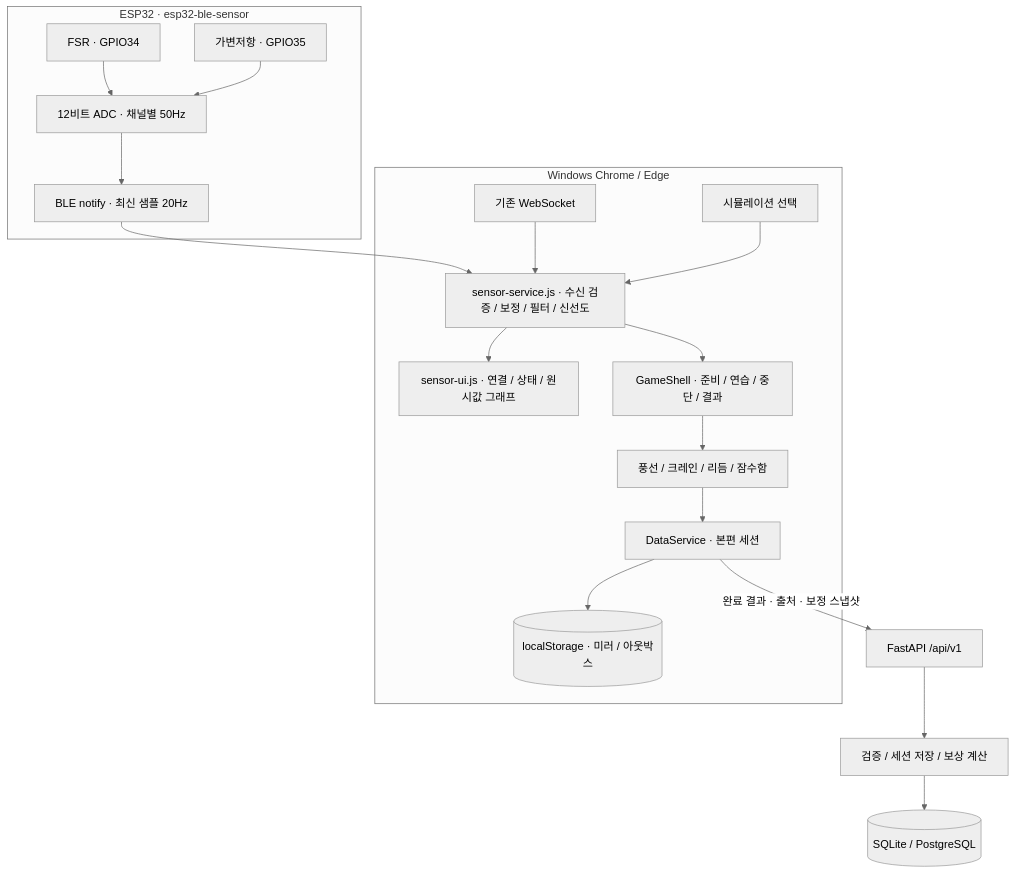
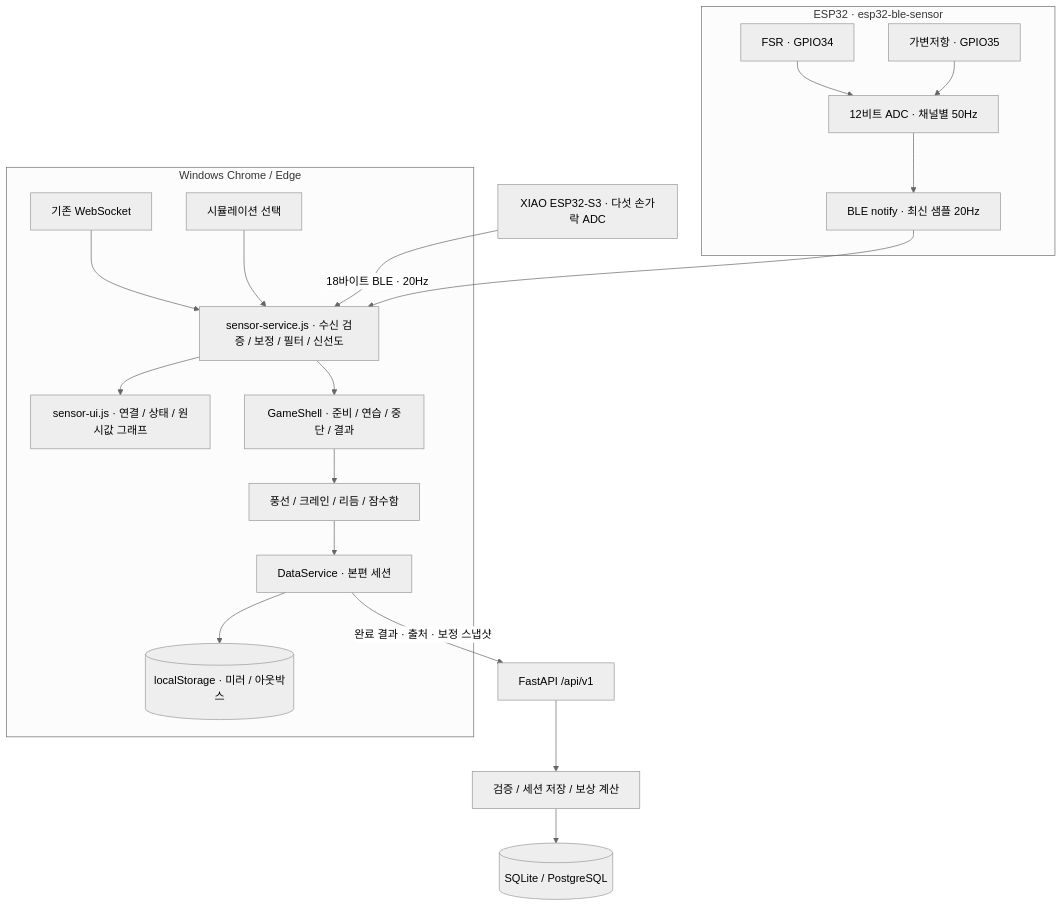
Before and after one commit to jhsoo0211/ReGrip: the diagram in ARCHITECTURE.md, drawn with Mermaid (neutral theme). The commit also changed other lines of this file and 16 other files, not shown here.

````diff
--- a/ARCHITECTURE.md
+++ b/ARCHITECTURE.md
@@ -9,21 +9,22 @@
 ```mermaid
 flowchart TB
     subgraph Device["ESP32 · esp32-ble-sensor"]
         F["FSR · GPIO34"] --> ADC["12비트 ADC · 채널별 50Hz"]
         P["가변저항 · GPIO35"] --> ADC
         ADC --> BLE["BLE notify · 최신 샘플 20Hz"]
     end
+    XIAO["XIAO ESP32-S3 · 다섯 손가락 ADC"] -->|"18바이트 BLE · 20Hz"| SS
     subgraph Browser["Windows Chrome / Edge"]
         BLE --> SS["sensor-service.js · 수신 검증 / 보정 / 필터 / 신선도"]
         WS["기존 WebSocket"] --> SS
         SIM["시뮬레이션 선택"] --> SS
         SS --> UI["sensor-ui.js · 연결 / 상태 / 원시값 그래프"]
         SS --> GS["GameShell · 준비 / 연습 / 중단 / 결과"]
         GS --> GAME["풍선 / 크레인 / 리듬 / 잠수함"]
         GAME --> DS["DataService · 본편 세션"]
         DS --> LOCAL[("localStorage · 미러 / 아웃박스")]
     end
     DS -->|"완료 결과 · 출처 · 보정 스냅샷"| API["FastAPI /api/v1"]
     API --> TX["검증 / 세션 저장 / 보상 계산"]
     TX --> DB[("SQLite / PostgreSQL")]
 ```
````
